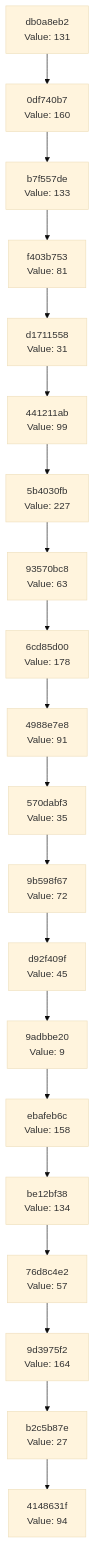
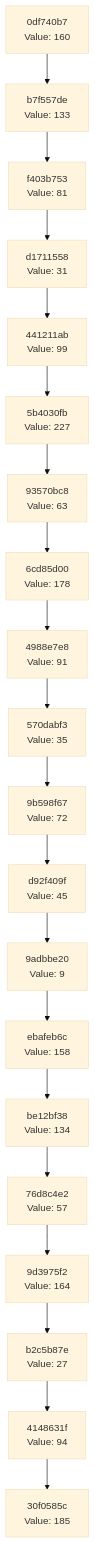
Before and after one commit to Abhisheksinha1506/hash-chain-evolver: the diagram in docs/CHAIN_VISUALIZATION.md, drawn with Mermaid (base theme). The commit also changed 2 other files, not shown here.

Commit message:
Evolution Step

````diff
--- a/docs/CHAIN_VISUALIZATION.md
+++ b/docs/CHAIN_VISUALIZATION.md
@@ -3,42 +3,42 @@
 ```mermaid
 graph TD
-    C0["4148631f<br/>Value: 94"]
-    C1["b2c5b87e<br/>Value: 27"]
+    C0["30f0585c<br/>Value: 185"]
+    C1["4148631f<br/>Value: 94"]
     C1 --> C0
-    C2["9d3975f2<br/>Value: 164"]
+    C2["b2c5b87e<br/>Value: 27"]
     C2 --> C1
-    C3["76d8c4e2<br/>Value: 57"]
+    C3["9d3975f2<br/>Value: 164"]
     C3 --> C2
-    C4["be12bf38<br/>Value: 134"]
+    C4["76d8c4e2<br/>Value: 57"]
     C4 --> C3
-    C5["ebafeb6c<br/>Value: 158"]
+    C5["be12bf38<br/>Value: 134"]
     C5 --> C4
-    C6["9adbbe20<br/>Value: 9"]
+    C6["ebafeb6c<br/>Value: 158"]
     C6 --> C5
-    C7["d92f409f<br/>Value: 45"]
+    C7["9adbbe20<br/>Value: 9"]
     C7 --> C6
-    C8["9b598f67<br/>Value: 72"]
+    C8["d92f409f<br/>Value: 45"]
     C8 --> C7
-    C9["570dabf3<br/>Value: 35"]
+    C9["9b598f67<br/>Value: 72"]
     C9 --> C8
-    C10["4988e7e8<br/>Value: 91"]
+    C10["570dabf3<br/>Value: 35"]
     C10 --> C9
-    C11["6cd85d00<br/>Value: 178"]
+    C11["4988e7e8<br/>Value: 91"]
     C11 --> C10
-    C12["93570bc8<br/>Value: 63"]
+    C12["6cd85d00<br/>Value: 178"]
     C12 --> C11
-    C13["5b4030fb<br/>Value: 227"]
+    C13["93570bc8<br/>Value: 63"]
     C13 --> C12
-    C14["441211ab<br/>Value: 99"]
+    C14["5b4030fb<br/>Value: 227"]
     C14 --> C13
-    C15["d1711558<br/>Value: 31"]
+    C15["441211ab<br/>Value: 99"]
     C15 --> C14
-    C16["f403b753<br/>Value: 81"]
+    C16["d1711558<br/>Value: 31"]
     C16 --> C15
-    C17["b7f557de<br/>Value: 133"]
+    C17["f403b753<br/>Value: 81"]
     C17 --> C16
-    C18["0df740b7<br/>Value: 160"]
+    C18["b7f557de<br/>Value: 133"]
     C18 --> C17
-    C19["db0a8eb2<br/>Value: 131"]
+    C19["0df740b7<br/>Value: 160"]
     C19 --> C18
 ```
````
